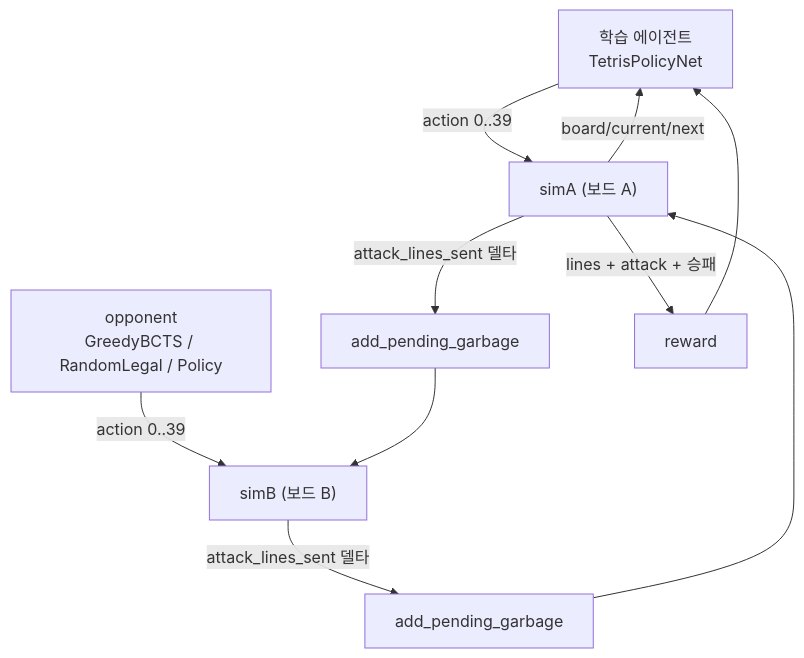
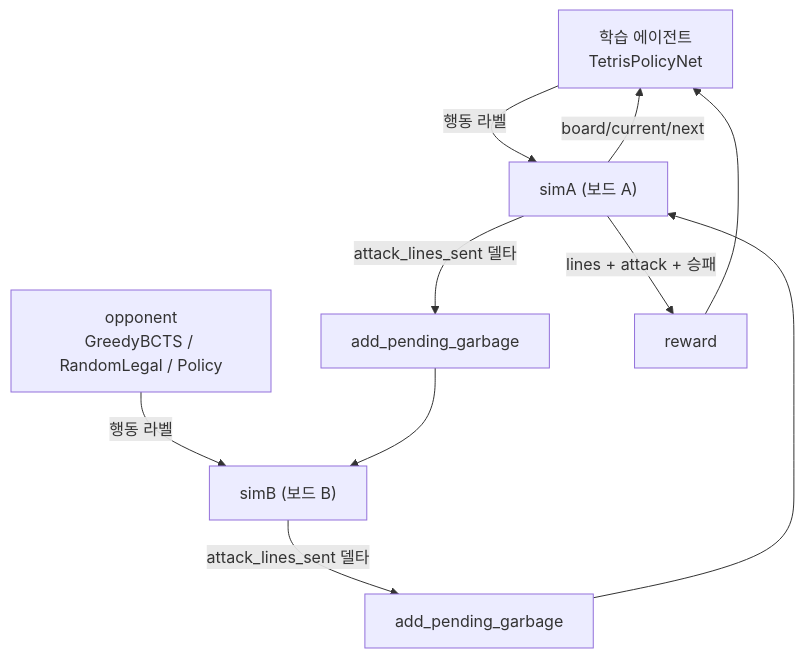
One commit to Rein-ArXiv/Tetris-Multiplayer-RL changed the second of 4 diagrams in docs/blog/part8-python-rl.md. Above: the diagram before and after it, drawn with Mermaid. The commit also changed other lines of this file and 13601 other files, not shown here.

````diff
--- a/docs/blog/part8-python-rl.md
+++ b/docs/blog/part8-python-rl.md
@@ -777,12 +776,12 @@
 ```mermaid
 graph TB
-    Agent["학습 에이전트<br/>TetrisPolicyNet"] -->|action 0..39| SimA["simA (보드 A)"]
-    Opp["opponent<br/>GreedyBCTS / RandomLegal / Policy"] -->|action 0..39| SimB["simB (보드 B)"]
+    Agent["학습 에이전트<br/>TetrisPolicyNet"] -->|행동 라벨| SimA["simA (보드 A)"]
+    Opp["opponent<br/>GreedyBCTS / RandomLegal / Policy"] -->|행동 라벨| SimB["simB (보드 B)"]
     SimA -->|attack_lines_sent 델타| GB["add_pending_garbage"]
     GB --> SimB
     SimB -->|attack_lines_sent 델타| GA["add_pending_garbage"]
     GA --> SimA
     SimA -->|board/current/next| Agent
     SimA -->|lines + attack + 승패| R["reward"]
     R --> Agent
 ```
````
